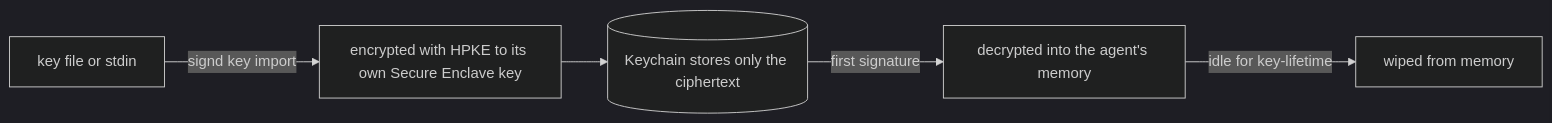
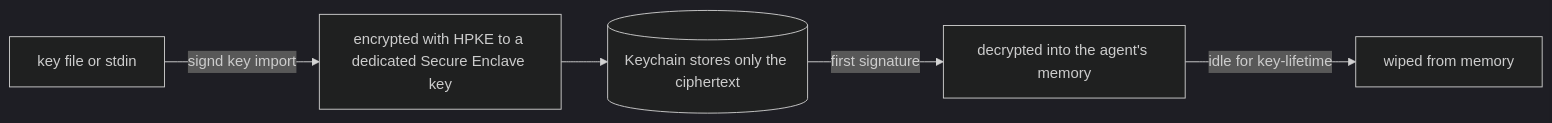
The second of 3 diagrams in README.md (victor-software-house/keychain-agent), drawn with Mermaid (dark theme) before and after one commit. The commit also changed other lines of this file, not shown here.

First line of the commit message:
docs: plainer README wording and a Secure Enclave link

````diff
--- a/README.md
+++ b/README.md
@@ -61,7 +61,7 @@
 ```mermaid
 flowchart LR
-  input["key file or stdin"] -->|"signd key import"| seal["encrypted with HPKE to its own Secure Enclave key"]
+  input["key file or stdin"] -->|"signd key import"| seal["encrypted with HPKE to a dedicated Secure Enclave key"]
   seal --> item[("Keychain stores only the ciphertext")]
   item -->|first signature| open["decrypted into the agent's memory"]
   open -->|"idle for key-lifetime"| dropped["wiped from memory"]
 ```
````
